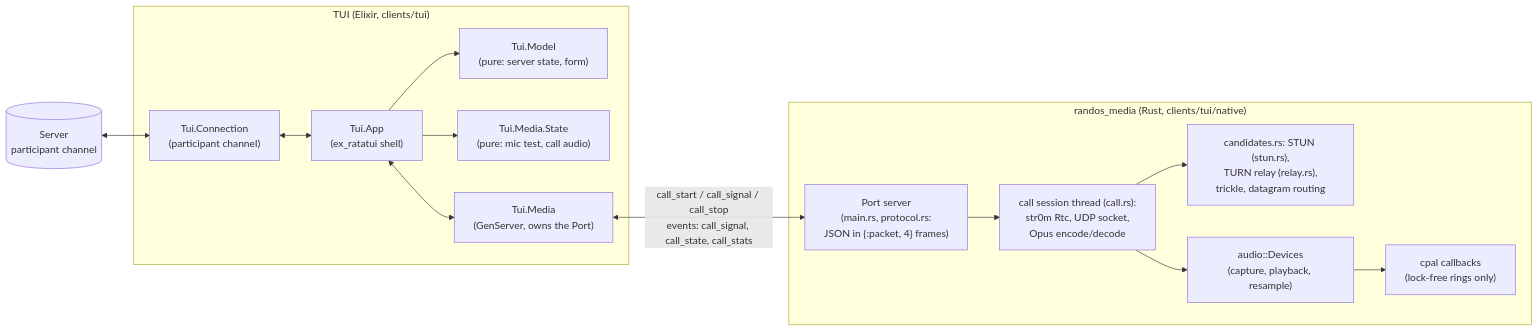
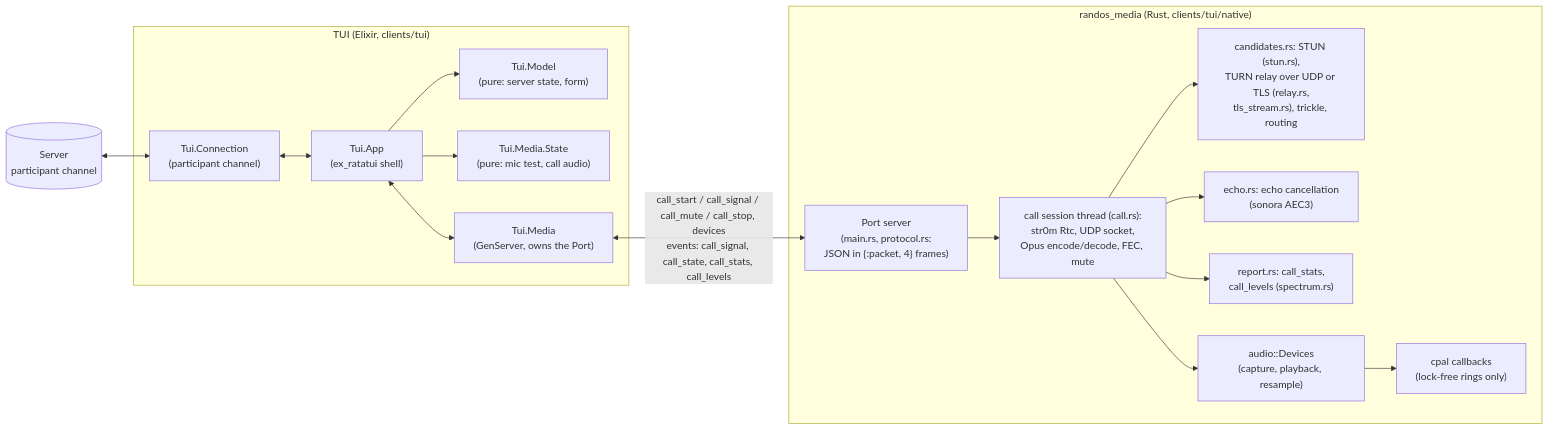
One commit to wasichu/randos changed the fourth of 5 diagrams in docs/architecture/call_flow.md. Above: the diagram before and after it, drawn with Mermaid. The commit also changed other lines of this file and 3 other files, not shown here.

````diff
--- a/docs/architecture/call_flow.md
+++ b/docs/architecture/call_flow.md
@@ -129,27 +130,31 @@
 ```mermaid
 flowchart LR
     subgraph TUI["TUI (Elixir, clients/tui)"]
         Conn["Tui.Connection<br/>(participant channel)"]
         App["Tui.App<br/>(ex_ratatui shell)"]
         Model["Tui.Model<br/>(pure: server state, form)"]
         MState["Tui.Media.State<br/>(pure: mic test, call audio)"]
         Media["Tui.Media<br/>(GenServer, owns the Port)"]
         Conn <--> App
         App --> Model
         App --> MState
         App <--> Media
     end
 
     subgraph Helper["randos_media (Rust, clients/tui/native)"]
         Port["Port server<br/>(main.rs, protocol.rs:<br/>JSON in {:packet, 4} frames)"]
-        Call["call session thread (call.rs):<br/>str0m Rtc, UDP socket,<br/>Opus encode/decode"]
-        Cand["candidates.rs: STUN (stun.rs),<br/>TURN relay (relay.rs),<br/>trickle, datagram routing"]
+        Call["call session thread (call.rs):<br/>str0m Rtc, UDP socket,<br/>Opus encode/decode, FEC, mute"]
+        Cand["candidates.rs: STUN (stun.rs),<br/>TURN relay over UDP or TLS (relay.rs,<br/>tls_stream.rs), trickle, routing"]
+        Echo["echo.rs: echo cancellation<br/>(sonora AEC3)"]
+        Rep["report.rs: call_stats,<br/>call_levels (spectrum.rs)"]
         Dev["audio::Devices<br/>(capture, playback, resample)"]
         Cpal["cpal callbacks<br/>(lock-free rings only)"]
         Port --> Call --> Dev --> Cpal
         Call --> Cand
+        Call --> Echo
+        Call --> Rep
     end
 
     Server[("Server<br/>participant channel")] <--> Conn
-    Media <-- "call_start / call_signal / call_stop<br/>events: call_signal, call_state, call_stats" --> Port
+    Media <-- "call_start / call_signal / call_mute / call_stop, devices<br/>events: call_signal, call_state, call_stats, call_levels" --> Port
 ```
````
